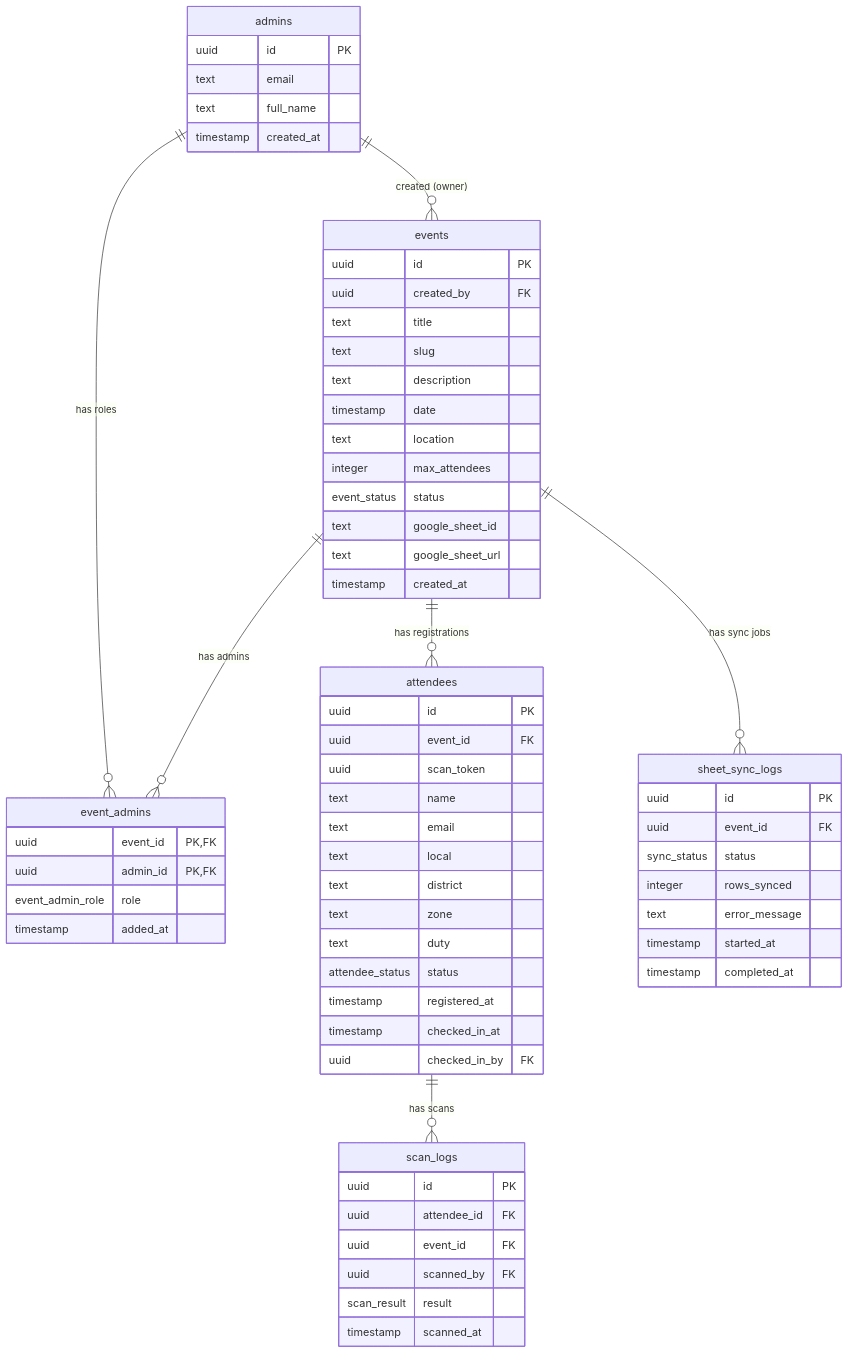
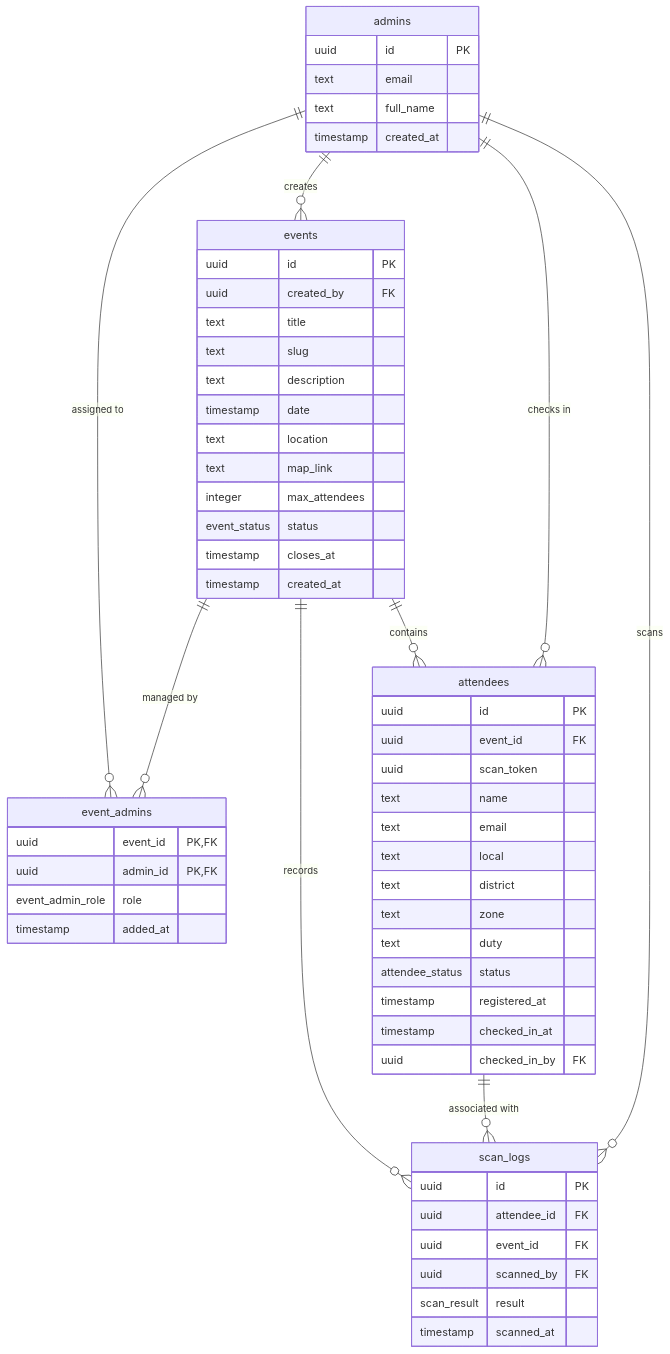
Before and after one commit to christian1202/FlowCheck: the diagram in docs/database-schema.md, drawn with Mermaid. The commit also changed other lines of this file and 15 other files, not shown here.

````diff
--- a/docs/database-schema.md
+++ b/docs/database-schema.md
@@ -9,73 +9,65 @@
 ```mermaid
 erDiagram
-    admins ||--o{ event_admins : "has roles"
-    events ||--o{ event_admins : "has admins"
-    events ||--o{ attendees : "has registrations"
-    events ||--o{ sheet_sync_logs : "has sync jobs"
-    attendees ||--o{ scan_logs : "has scans"
-    admins ||--o{ events : "created (owner)"
+    admins ||--o{ events : "creates"
+    admins ||--o{ event_admins : "assigned to"
+    events ||--o{ event_admins : "managed by"
+    events ||--o{ attendees : "contains"
+    events ||--o{ scan_logs : "records"
+    attendees ||--o{ scan_logs : "associated with"
+    admins ||--o{ attendees : "checks in"
+    admins ||--o{ scan_logs : "scans"
 
     admins {
         uuid id PK
         text email
         text full_name
         timestamp created_at
     }
 
     events {
         uuid id PK
         uuid created_by FK
         text title
         text slug
         text description
         timestamp date
         text location
+        text map_link
         integer max_attendees
         event_status status
-        text google_sheet_id
-        text google_sheet_url
+        timestamp closes_at
         timestamp created_at
     }
 
     event_admins {
         uuid event_id PK, FK
         uuid admin_id PK, FK
         event_admin_role role
         timestamp added_at
     }
 
     attendees {
         uuid id PK
         uuid event_id FK
         uuid scan_token
         text name
         text email
         text local
         text district
         text zone
         text duty
         attendee_status status
         timestamp registered_at
         timestamp checked_in_at
         uuid checked_in_by FK
     }
 
     scan_logs {
         uuid id PK
         uuid attendee_id FK
         uuid event_id FK
         uuid scanned_by FK
         scan_result result
         timestamp scanned_at
     }
-
-    sheet_sync_logs {
-        uuid id PK
-        uuid event_id FK
-        sync_status status
-        integer rows_synced
-        text error_message
-        timestamp started_at
-        timestamp completed_at
-    }
 ```
````
